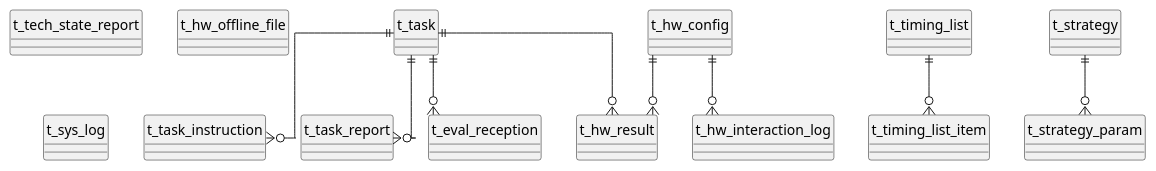
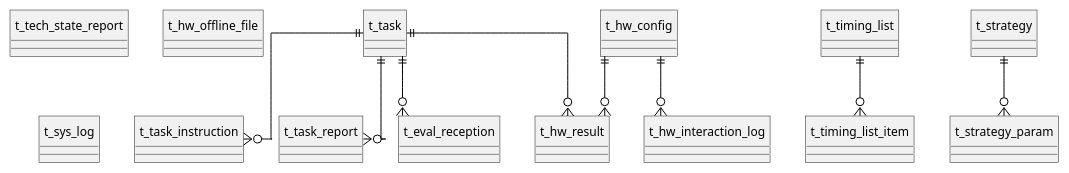
One commit to cppshooter/cursor changed the second of 2 diagrams in 方案/04-数据库设计方案.md. Above: the diagram before and after it, drawn with PlantUML. The commit also changed other lines of this file and 10 other files, not shown here.

First line of the commit message:
fix(方案/plantuml): 统一应用黑白 Visio 风格 skinparam，修复访问层组件图语法错误

````diff
--- a/方案/04-数据库设计方案.md
+++ b/方案/04-数据库设计方案.md
@@ -299,30 +319,40 @@
 ```plantuml
 @startuml
+skinparam monochrome true
+skinparam shadowing false
+skinparam backgroundColor #FFFFFF
+skinparam DefaultFontName "Microsoft YaHei"
+skinparam DefaultFontSize 12
+skinparam roundCorner 0
+skinparam ArrowColor #000000
+skinparam ArrowThickness 1
+skinparam Padding 2
+skinparam linetype ortho
+
 hide circle
-skinparam linetype ortho
 
 entity t_task
 entity t_task_instruction
 entity t_task_report
 entity t_tech_state_report
 entity t_hw_config
 entity t_hw_interaction_log
 entity t_hw_result
 entity t_hw_offline_file
 entity t_eval_reception
 entity t_timing_list
 entity t_timing_list_item
 entity t_strategy
 entity t_strategy_param
 entity t_sys_log
 
 t_task ||--o{ t_task_instruction
 t_task ||--o{ t_task_report
 t_task ||--o{ t_hw_result
 t_hw_config ||--o{ t_hw_interaction_log
 t_hw_config ||--o{ t_hw_result
 t_task ||--o{ t_eval_reception
 t_timing_list ||--o{ t_timing_list_item
 t_strategy ||--o{ t_strategy_param
 @enduml
 ```
````
